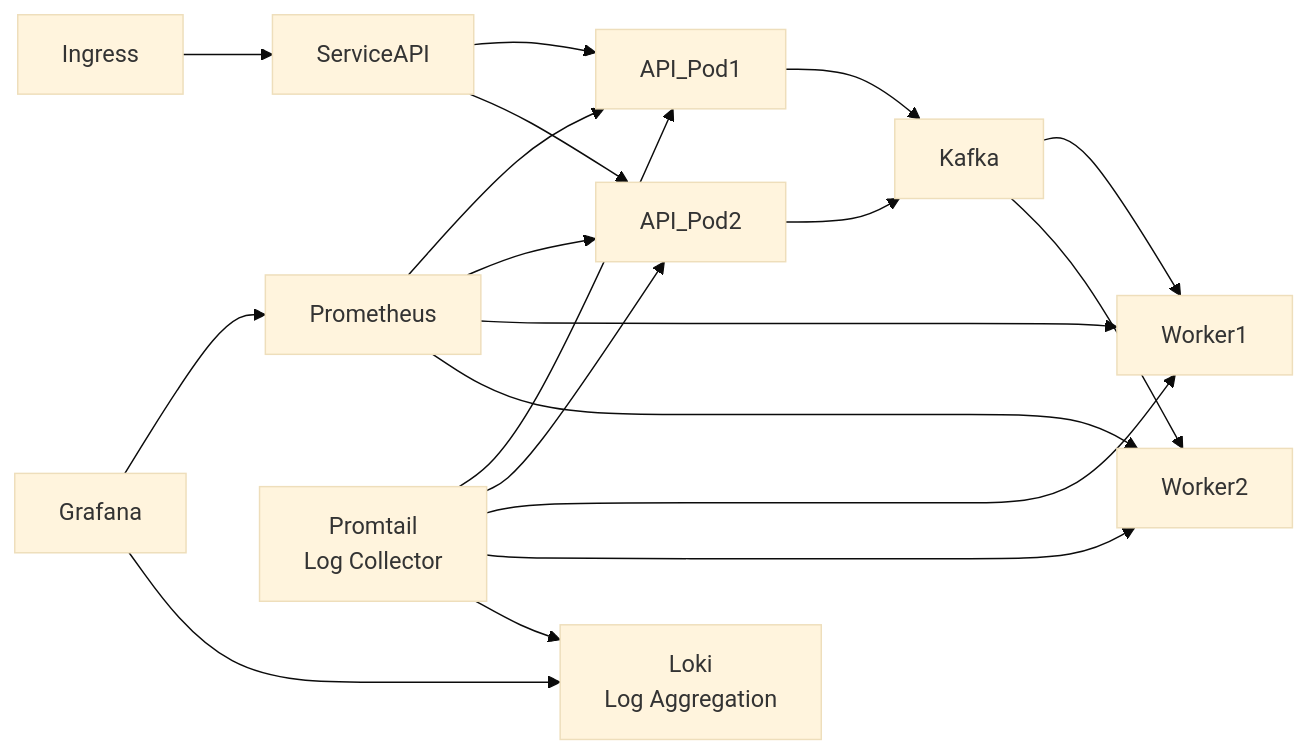
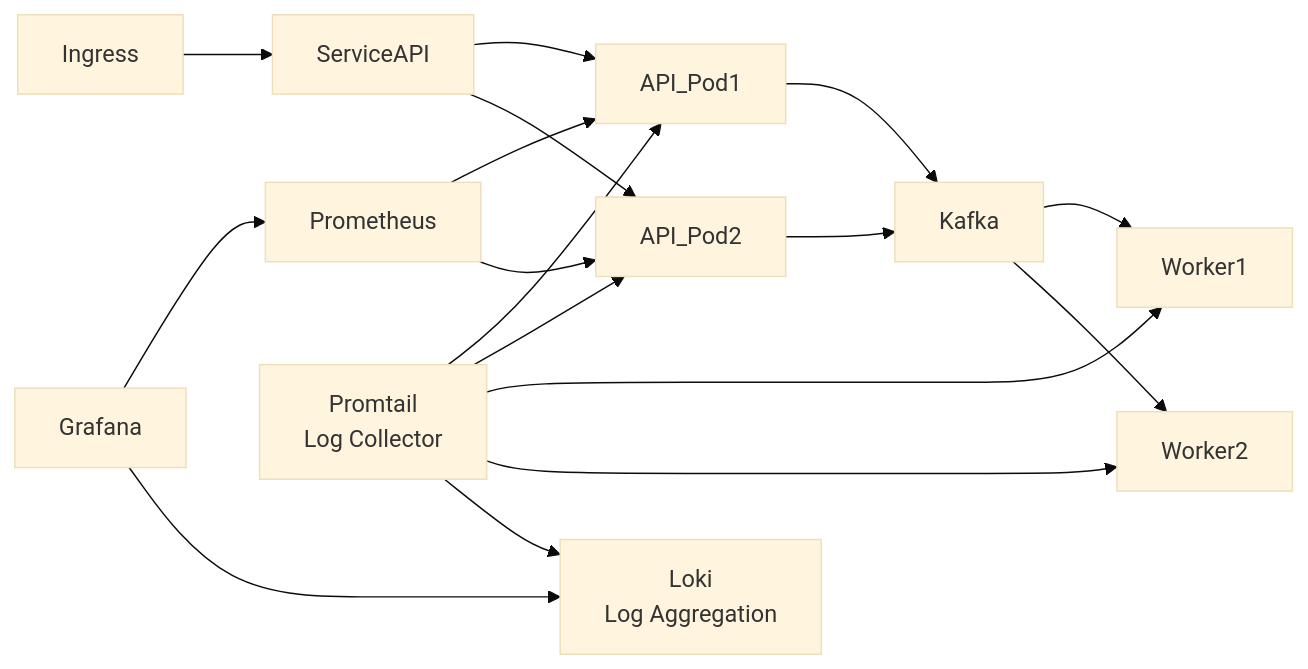
The second of 3 diagrams in README.md (Hugobsb/cloud-architecture-study), drawn with Mermaid (base theme) before and after one commit. The commit also changed other lines of this file, not shown here.

````diff
--- a/README.md
+++ b/README.md
@@ -63,32 +59,30 @@
-``` mermaid
+```mermaid
 flowchart LR
 
 Ingress --> ServiceAPI
 ServiceAPI --> API_Pod1
 ServiceAPI --> API_Pod2
 
 API_Pod1 --> Kafka
 API_Pod2 --> Kafka
 
 Kafka --> Worker1
 Kafka --> Worker2
 
 Prometheus[Prometheus]
 Prometheus --> API_Pod1
 Prometheus --> API_Pod2
-Prometheus --> Worker1
-Prometheus --> Worker2
 
 Promtail[Promtail<br/>Log Collector]
 Promtail --> API_Pod1
 Promtail --> API_Pod2
 Promtail --> Worker1
 Promtail --> Worker2
 
 Loki[Loki<br/>Log Aggregation]
 Promtail --> Loki
 
 Grafana[Grafana]
 Grafana --> Prometheus
 Grafana --> Loki
 ```
````
